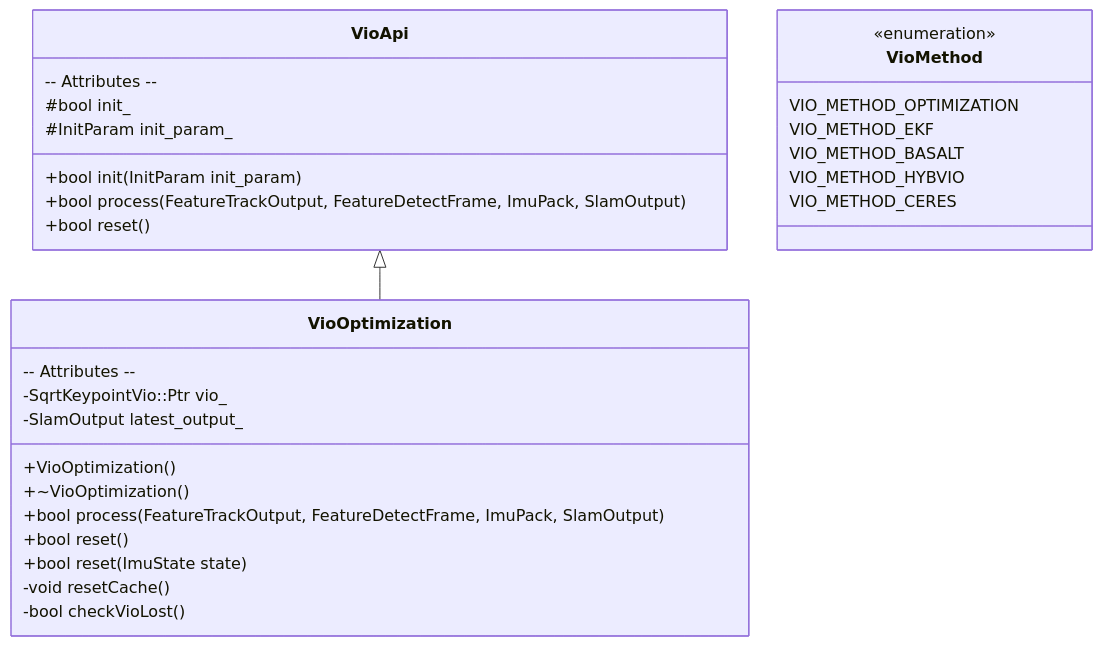
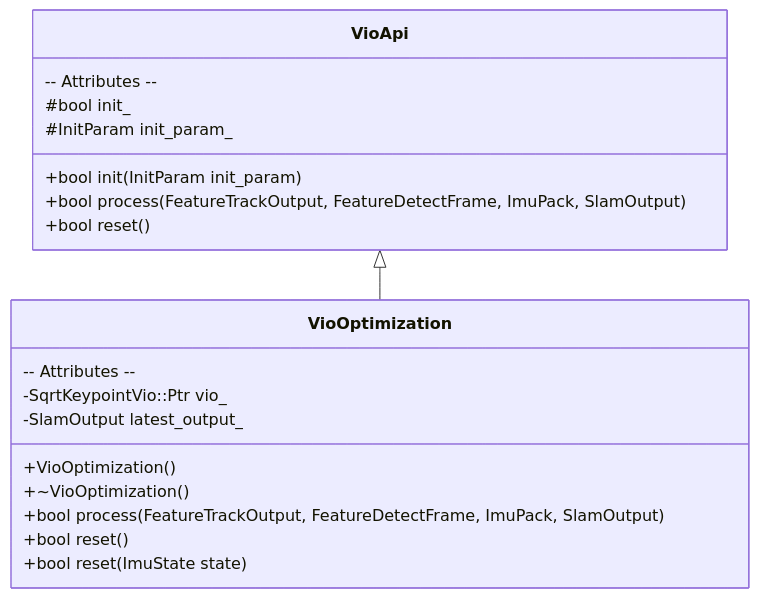
One commit to huzixuan1/iodraw-files changed the diagram in all/未命名-2.md. Above: the diagram before and after it, drawn with Mermaid.

Commit message:
2025-04-16 20:46:39 update

````diff
--- a/all/未命名-2.md
+++ b/all/未命名-2.md
@@ -1,39 +1,28 @@
 ```mermaid
 classDiagram
 %% 命名空间 xr
 
 class VioApi {
   +bool init(InitParam init_param)
   +bool process(FeatureTrackOutput, FeatureDetectFrame, ImuPack, SlamOutput)
   +bool reset()
   -- Attributes --
   #bool init_
   #InitParam init_param_
 }
 
 class VioOptimization {
   +VioOptimization()
   +~VioOptimization()
   +bool process(FeatureTrackOutput, FeatureDetectFrame, ImuPack, SlamOutput)
   +bool reset()
   +bool reset(ImuState state)
   -- Attributes --
   -SqrtKeypointVio::Ptr vio_
   -SlamOutput latest_output_
-
-  -void resetCache()
-  -bool checkVioLost()
 }
 
-class VioMethod {
-  <<enumeration>>
-  VIO_METHOD_OPTIMIZATION
-  VIO_METHOD_EKF
-  VIO_METHOD_BASALT
-  VIO_METHOD_HYBVIO
-  VIO_METHOD_CERES
-}
 
 VioApi <|-- VioOptimization
 
 ```
````
